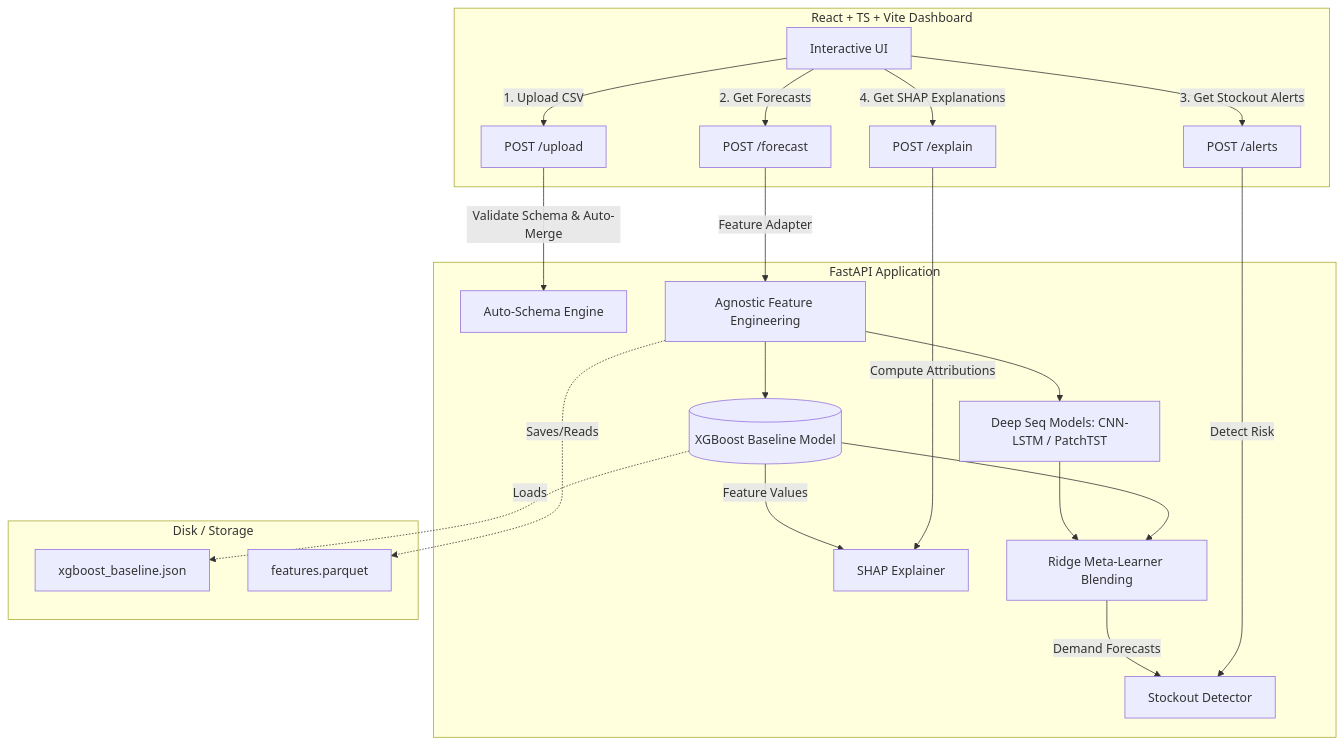
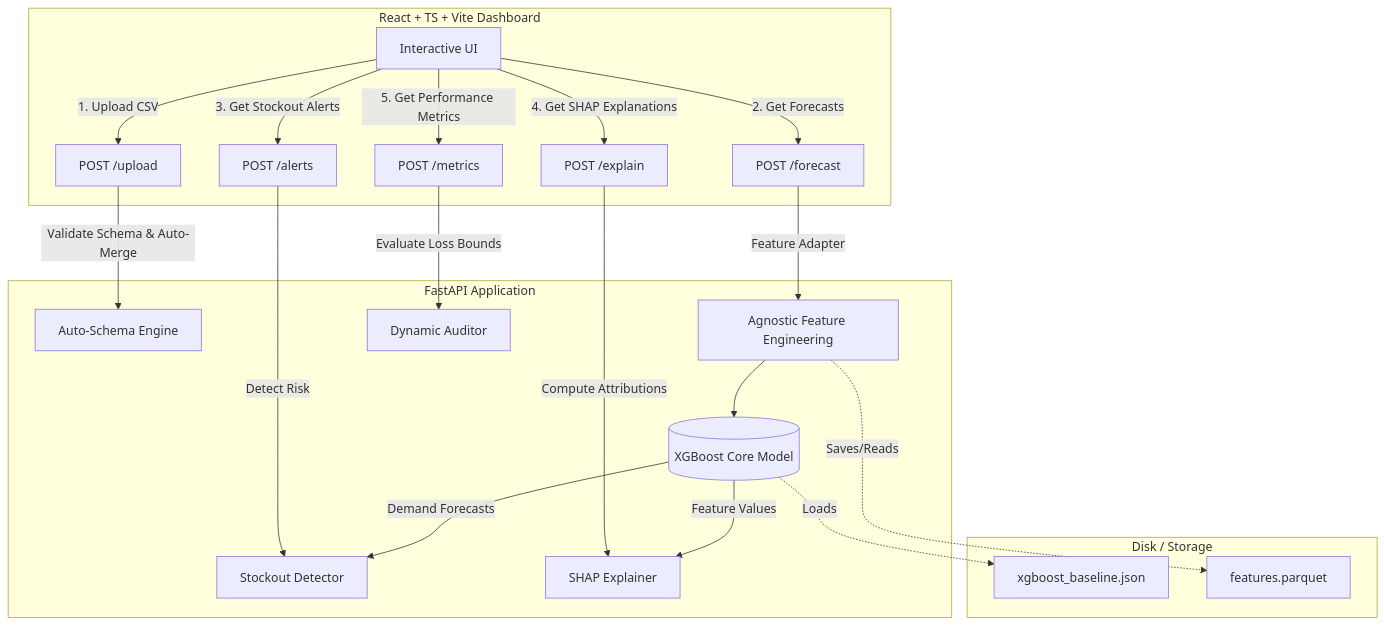
Before and after one commit to AlgorithSage/ProgyNova_AI: the diagram in README.md, drawn with Mermaid. The commit also changed other lines of this file and 34 other files, not shown here.

````diff
--- a/README.md
+++ b/README.md
@@ -11,30 +11,27 @@
 ```mermaid
 graph TD
     subgraph Frontend [React + TS + Vite Dashboard]
         UI[Interactive UI] -->|1. Upload CSV| Ingestion
         UI -->|2. Get Forecasts| ForecastEndpoint
         UI -->|3. Get Stockout Alerts| AlertsEndpoint
         UI -->|4. Get SHAP Explanations| ExplainEndpoint
+        UI -->|5. Get Performance Metrics| MetricsEndpoint
     end
 
     subgraph Backend [FastAPI Application]
         Ingestion[POST /upload] -->|Validate Schema & Auto-Merge| SchemaEngine[Auto-Schema Engine]
         ForecastEndpoint[POST /forecast] -->|Feature Adapter| FeaturePipeline[Agnostic Feature Engineering]
         AlertsEndpoint[POST /alerts] -->|Detect Risk| StockoutEngine[Stockout Detector]
         ExplainEndpoint[POST /explain] -->|Compute Attributions| SHAPEngine[SHAP Explainer]
+        MetricsEndpoint[POST /metrics] -->|Evaluate Loss Bounds| MetricsCalculator[Dynamic Auditor]
 
-        FeaturePipeline --> XGBoostModel[(XGBoost Baseline Model)]
-        FeaturePipeline --> DeepModels[Deep Seq Models: CNN-LSTM / PatchTST]
-        
-        XGBoostModel --> MetaLearner[Ridge Meta-Learner Blending]
-        DeepModels --> MetaLearner
-        
-        MetaLearner -->|Demand Forecasts| StockoutEngine
+        FeaturePipeline --> XGBoostModel[(XGBoost Core Model)]
+        XGBoostModel -->|Demand Forecasts| StockoutEngine
         XGBoostModel -->|Feature Values| SHAPEngine
     end
 
     subgraph Artifacts [Disk / Storage]
         XGBoostModel -.->|Loads| ModelJson[xgboost_baseline.json]
         FeaturePipeline -.->|Saves/Reads| DataParquet[features.parquet]
     end
 ```
````
